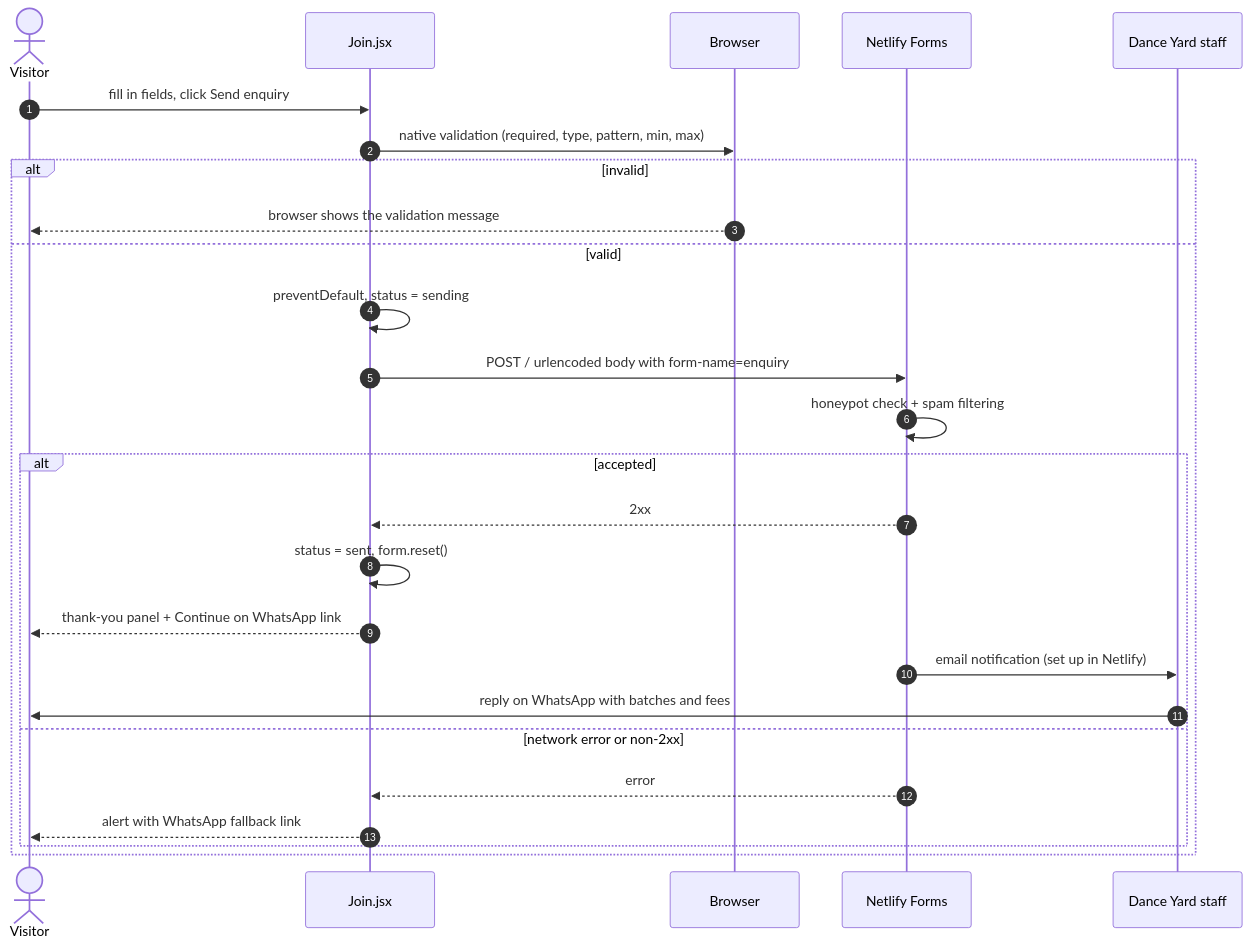
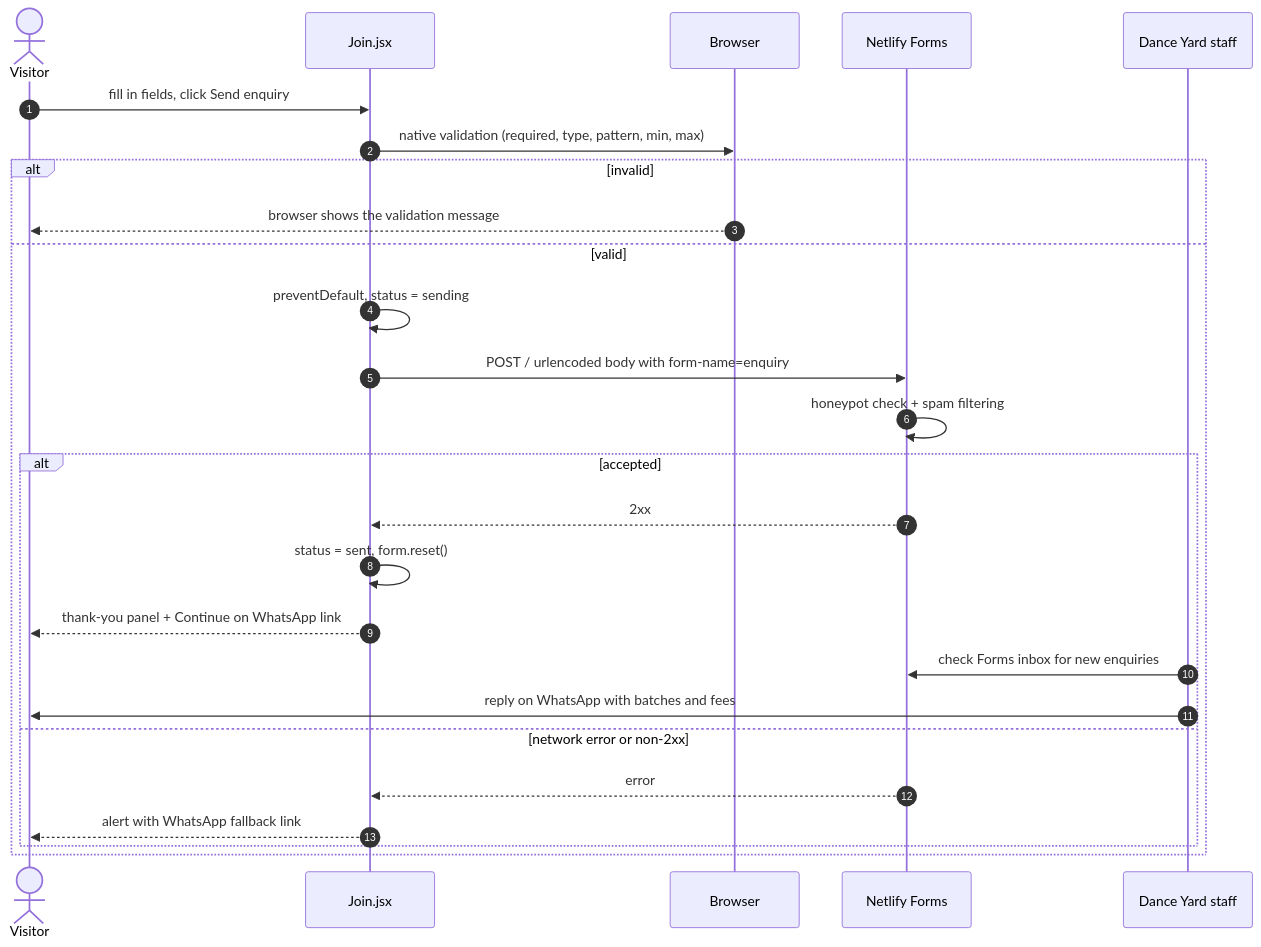
Diagram 13 of 21 in docs/tech-spec/technical-spec.md (surajrahade27/Danceyard87Portfolio), drawn with Mermaid before and after one commit. The commit also changed other lines of this file and 6 other files, not shown here.

````diff
--- a/docs/tech-spec/technical-spec.md
+++ b/docs/tech-spec/technical-spec.md
@@ -680,28 +680,28 @@
 ```mermaid
 sequenceDiagram
   autonumber
   actor U as Visitor
   participant J as Join.jsx
   participant B as Browser
   participant NF as Netlify Forms
   participant S as Dance Yard staff
   U->>J: fill in fields, click Send enquiry
   J->>B: native validation (required, type, pattern, min, max)
   alt invalid
     B-->>U: browser shows the validation message
   else valid
     J->>J: preventDefault, status = sending
     J->>NF: POST / urlencoded body with form-name=enquiry
     NF->>NF: honeypot check + spam filtering
     alt accepted
       NF-->>J: 2xx
       J->>J: status = sent, form.reset()
       J-->>U: thank-you panel + Continue on WhatsApp link
-      NF->>S: email notification (set up in Netlify)
+      S->>NF: check Forms inbox for new enquiries
       S->>U: reply on WhatsApp with batches and fees
     else network error or non-2xx
       NF-->>J: error
       J-->>U: alert with WhatsApp fallback link
     end
   end
 ```
````
